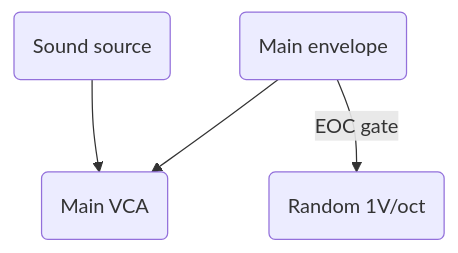
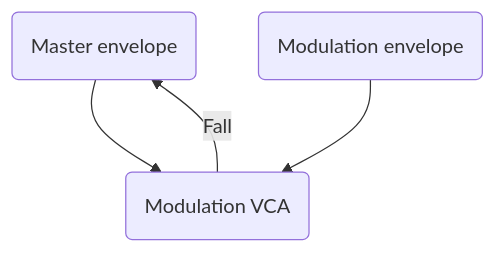
The diagram in _drafts/buscephalus.md (aidanreilly/man_synth), drawn with Mermaid before and after one commit. The commit also changed other lines of this file and 1 other file, not shown here.

```diff
--- a/_drafts/buscephalus.md
+++ b/_drafts/buscephalus.md
@@ -12,6 +12,6 @@
 <div class="mermaid">
 graph TD;
 A(Master envelope) -->B(Main VCA)
-C(Sound source)-->B(Main VCA)
-A(Main envelope) -->|EOC gate|J(Random 1V/oct)
+C(Modulation envelope)-->B(Modulation VCA)
+B(Modulation VCA)-->|Fall|A(Master envelope)
 </div>
```
